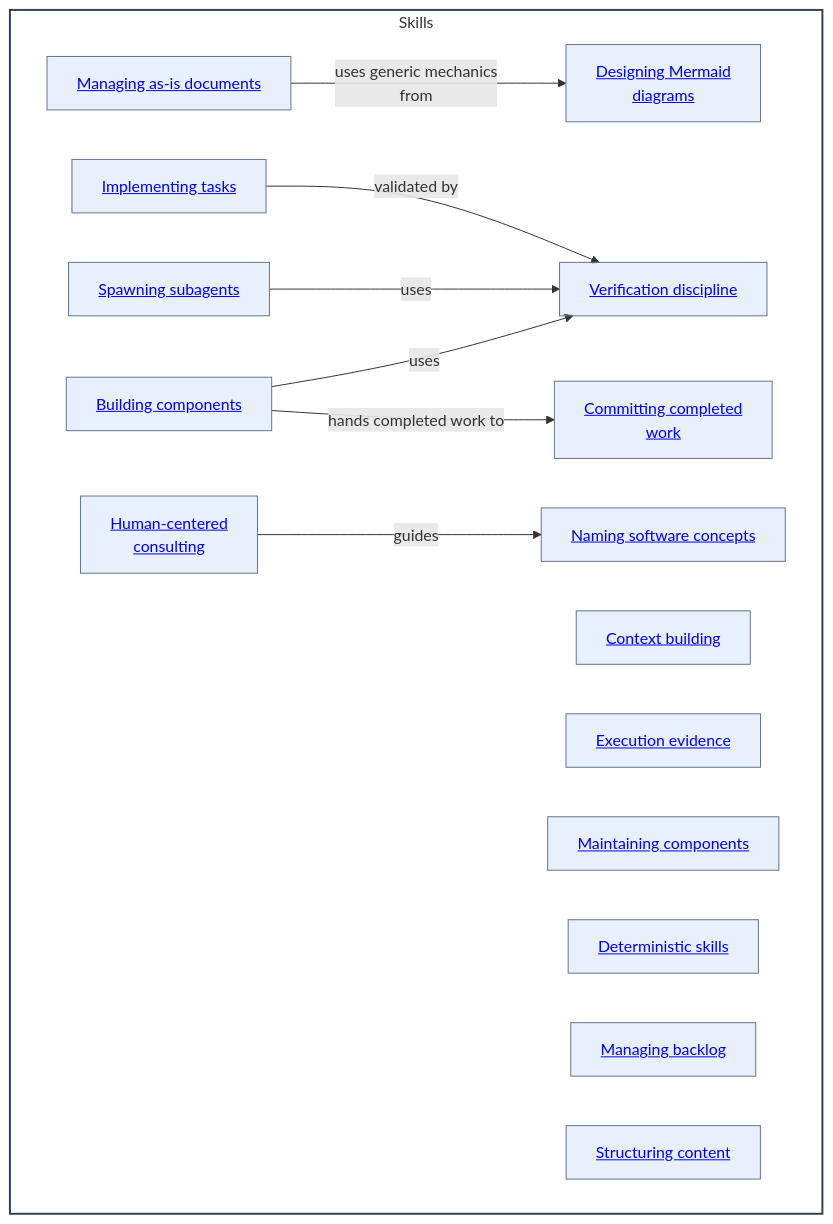
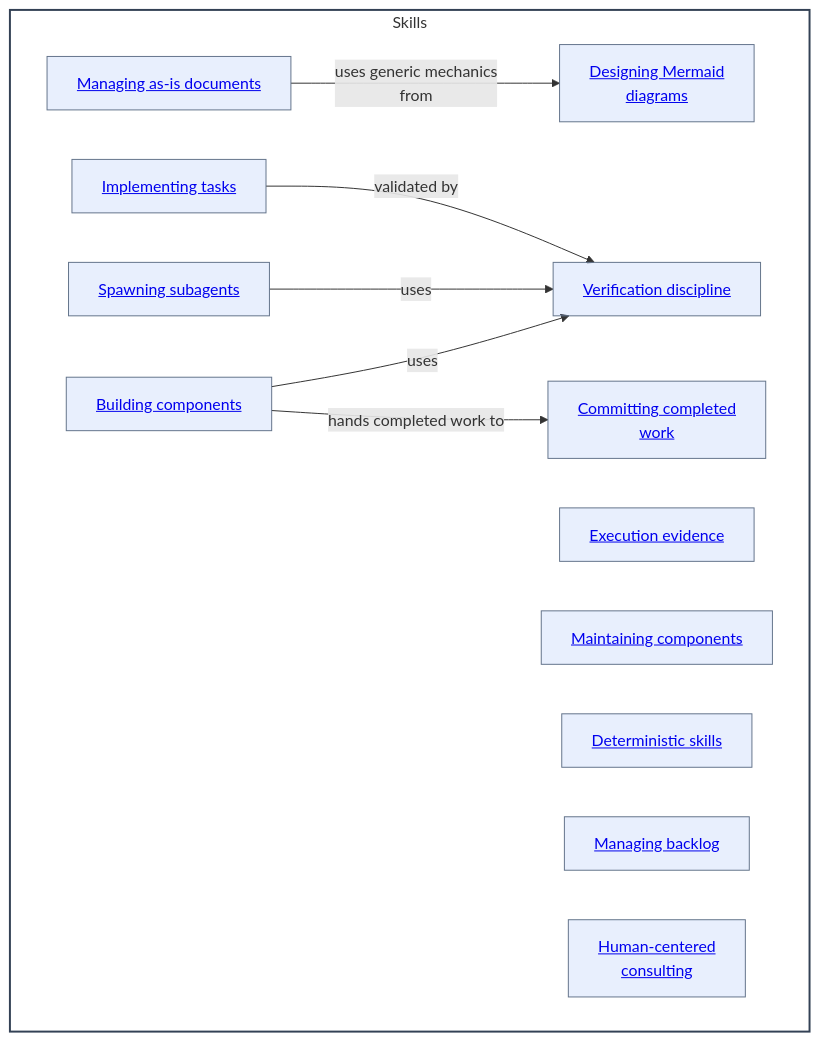
The diagram in skills/as-is.md (abstract-business-systems/as-is), drawn with Mermaid before and after one commit. The commit also changed other lines of this file and 21 other files, not shown here.

````diff
--- a/skills/as-is.md
+++ b/skills/as-is.md
@@ -69,34 +66,30 @@
 ```mermaid
 %%{init: {"securityLevel": "loose"}}%%
 flowchart LR
     subgraph Skills["Skills"]
         direction LR
         ManagingAsIs["<a href='./managing-as-is-document/as-is.md#design'>Managing as-is documents</a>"]
-        ContextBuilding["<a href='./context-building/as-is.md#design'>Context building</a>"]
         ExecutionEvidence["<a href='./exploring-execution-evidence/as-is.md#design'>Execution evidence</a>"]
         MermaidDesign["<a href='./designing-mermaid-diagrams/as-is.md#design'>Designing Mermaid<br/>diagrams</a>"]
         ImplementingTasks["<a href='./implementing-component-tasks/as-is.md#design'>Implementing tasks</a>"]
         MaintainingComponents["<a href='./maintaining-components/as-is.md#design'>Maintaining components</a>"]
         DeterministicSkills["<a href='./deterministic-skills/as-is.md#design'>Deterministic skills</a>"]
         ManagingBacklog["<a href='./managing-backlog/as-is.md#design'>Managing backlog</a>"]
         SpawningSubagents["<a href='./spawning-pi-subagents/as-is.md#design'>Spawning subagents</a>"]
-        StructuringContent["<a href='./structuring-content/as-is.md#design'>Structuring content</a>"]
         Verification["<a href='./verification-discipline/as-is.md#design'>Verification discipline</a>"]
-        Naming["<a href='./naming-software-concepts/as-is.md#design'>Naming software concepts</a>"]
         Building["<a href='./building-components/as-is.md#design'>Building components</a>"]
         Committing["<a href='./committing-completed-work/as-is.md#design'>Committing completed<br/>work</a>"]
         Consulting["<a href='./human-centered-consulting/as-is.md#design'>Human-centered<br/>consulting</a>"]
 
         ManagingAsIs -->|uses generic mechanics<br/>from| MermaidDesign
         ImplementingTasks -->|validated by| Verification
         SpawningSubagents -->|uses| Verification
         Building -->|uses| Verification
         Building -->|hands completed work to| Committing
-        Consulting -->|guides| Naming
 
     end
     classDef component fill:#f8fafc,fill-opacity:0.1,stroke:#334155,stroke-width:2px
     classDef child fill:#2563eb,fill-opacity:0.1,stroke:#64748b,stroke-width:1px
     class Skills component
-    class ManagingAsIs,ContextBuilding,ExecutionEvidence,MermaidDesign,ImplementingTasks,MaintainingComponents,DeterministicSkills,ManagingBacklog,SpawningSubagents,StructuringContent,Verification,Naming,Building,Committing,Consulting child
+    class ManagingAsIs,ExecutionEvidence,MermaidDesign,ImplementingTasks,MaintainingComponents,DeterministicSkills,ManagingBacklog,SpawningSubagents,Verification,Building,Committing,Consulting child
 ```
````
